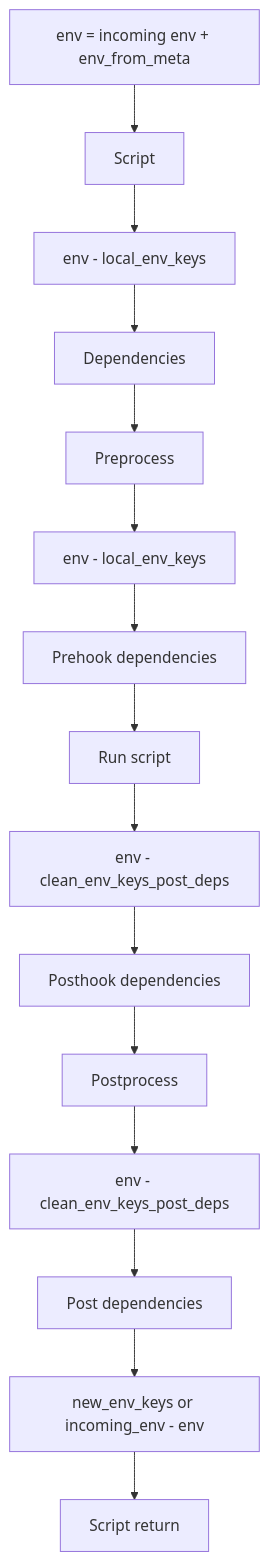
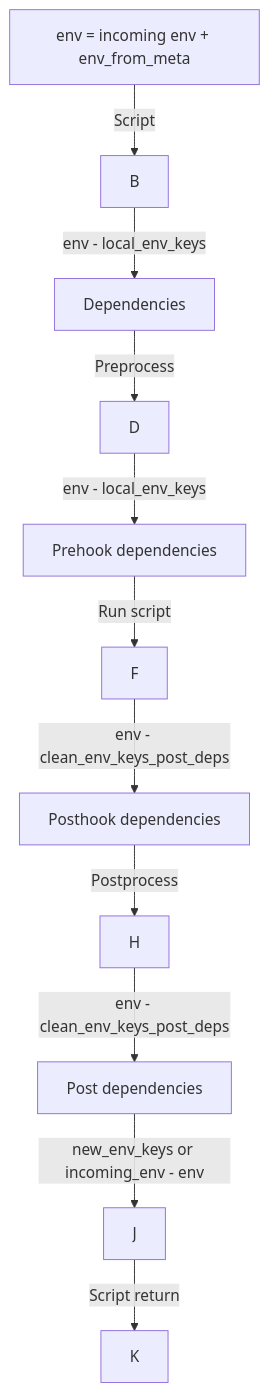
One commit to sujik18/mlperf-automations changed the diagram in docs/index.md. Above: the diagram before and after it, drawn with Mermaid.

````diff
--- a/docs/index.md
+++ b/docs/index.md
@@ -13,18 +13,14 @@
 ```mermaid
 graph TD
-    A[env = incoming env + env_from_meta] --> B[Script]
-    B --> C[env - local_env_keys]
-    C --> D[Dependencies]
-    D --> E[Preprocess]
-    E --> F[env - local_env_keys]
-    F --> G[Prehook dependencies]
-    G --> H[Run script]
-    H --> I[env - clean_env_keys_post_deps]
-    I --> J[Posthook dependencies]
-    J --> K[Postprocess]
-    K --> L[env - clean_env_keys_post_deps]
-    L --> M[Post dependencies]
-    M --> N[new_env_keys or incoming_env - env]
-    N --> O[Script return]
+    A[env = incoming env + env_from_meta] -->|Script| B
+    B -->|env - local_env_keys| C
+    C[Dependencies] -->|Preprocess| D
+    D -->|env - local_env_keys| E
+    E[Prehook dependencies] -->|Run script| F
+    F -->|env - clean_env_keys_post_deps| G
+    G[Posthook dependencies] -->|Postprocess| H
+    H -->|env - clean_env_keys_post_deps| I
+    I[Post dependencies] -->|new_env_keys or incoming_env - env| J
+    J -->|Script return| K
 
 ```
````
